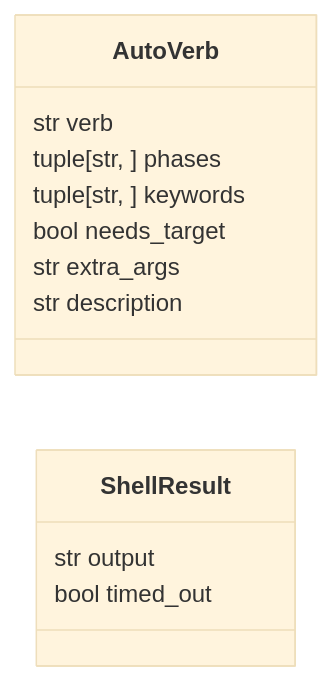
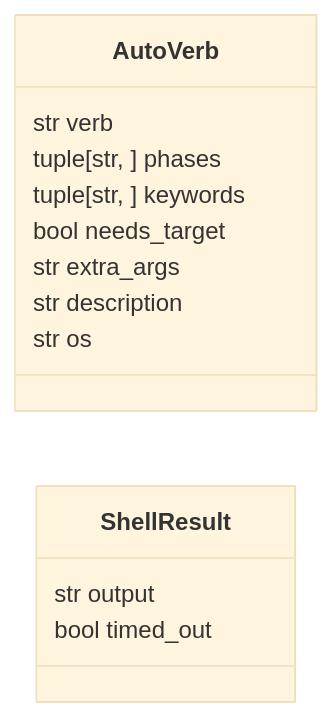
Before and after one commit to grisuno/LazyOwn: the first of 2 diagrams in readmenator-apidocs/modules/modules.auto_registry.py.md, drawn with Mermaid (base theme). The commit also changed other lines of this file and 276 other files, not shown here.

````diff
--- a/readmenator-apidocs/modules/modules.auto_registry.py.md
+++ b/readmenator-apidocs/modules/modules.auto_registry.py.md
@@ -28,14 +28,15 @@
 ```mermaid
 classDiagram
     direction LR
     class AutoVerb
     AutoVerb : str verb
     AutoVerb : tuple[str, ] phases
     AutoVerb : tuple[str, ] keywords
     AutoVerb : bool needs_target
     AutoVerb : str extra_args
     AutoVerb : str description
+    AutoVerb : str os
     class ShellResult
     ShellResult : str output
     ShellResult : bool timed_out
 ```
````
